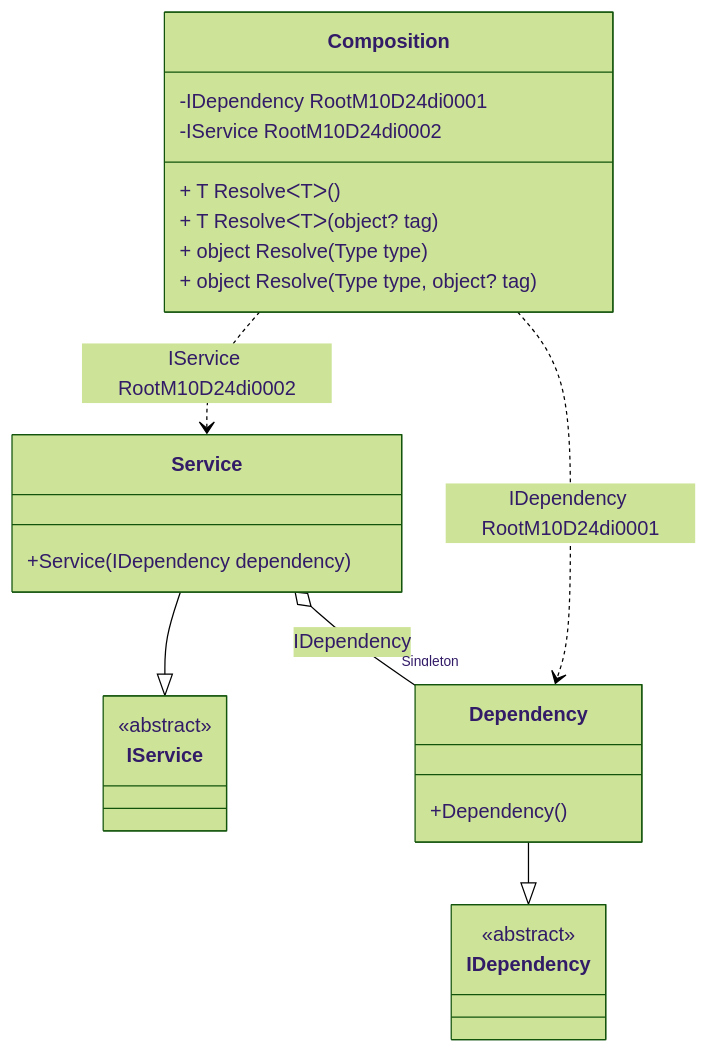
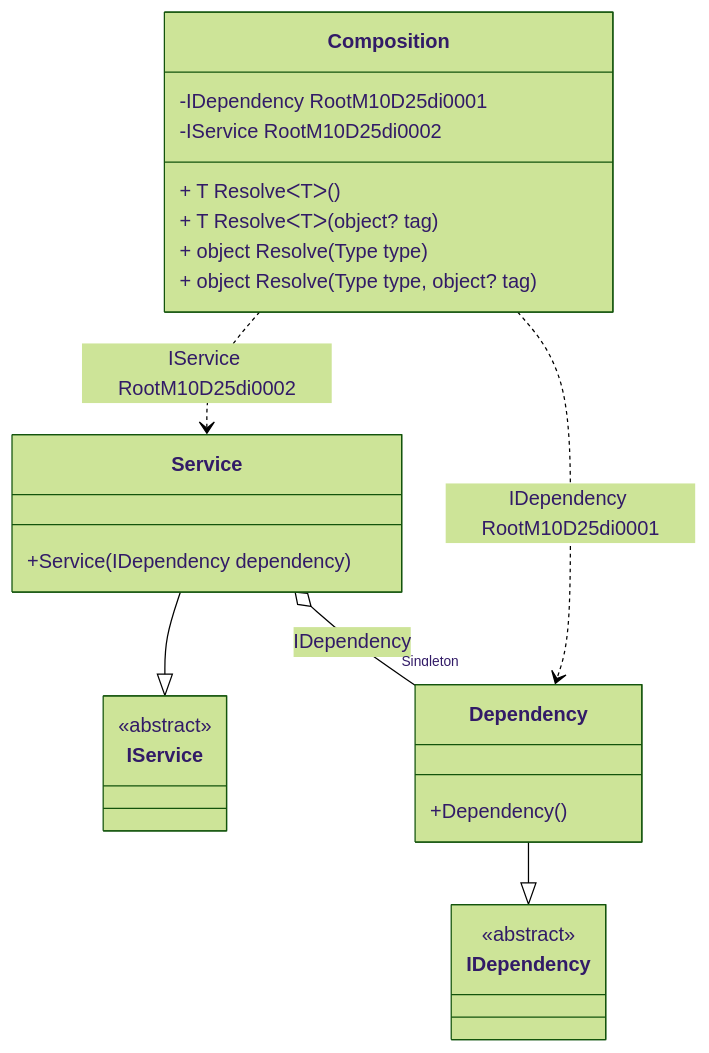
One commit to DevTeam/Pure.DI changed the diagram in readme/service-collection.md. Above: the diagram before and after it, drawn with Mermaid (forest theme). The commit also changed other lines of this file and 75 other files, not shown here.

````diff
--- a/readme/service-collection.md
+++ b/readme/service-collection.md
@@ -50,28 +50,28 @@
 ```mermaid
 classDiagram
   class Composition {
-    -IDependency RootM10D24di0001
-    -IService RootM10D24di0002
+    -IDependency RootM10D25di0001
+    -IService RootM10D25di0002
     + T ResolveᐸTᐳ()
     + T ResolveᐸTᐳ(object? tag)
     + object Resolve(Type type)
     + object Resolve(Type type, object? tag)
   }
   Service --|> IService : 
   class Service {
     +Service(IDependency dependency)
   }
   Dependency --|> IDependency : 
   class Dependency {
     +Dependency()
   }
   class IService {
     <<abstract>>
   }
   class IDependency {
     <<abstract>>
   }
   Service o--  "Singleton" Dependency : IDependency
-  Composition ..> Dependency : IDependency RootM10D24di0001
-  Composition ..> Service : IService RootM10D24di0002
+  Composition ..> Dependency : IDependency RootM10D25di0001
+  Composition ..> Service : IService RootM10D25di0002
 ```
````
